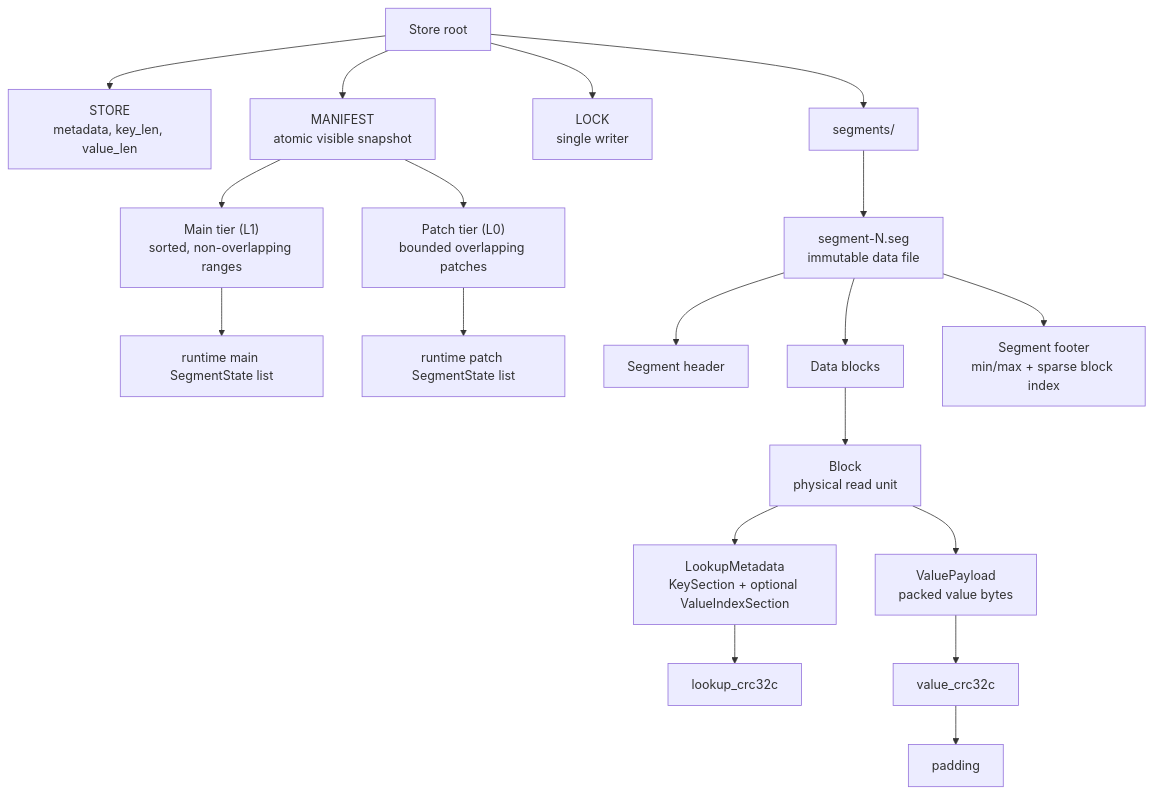
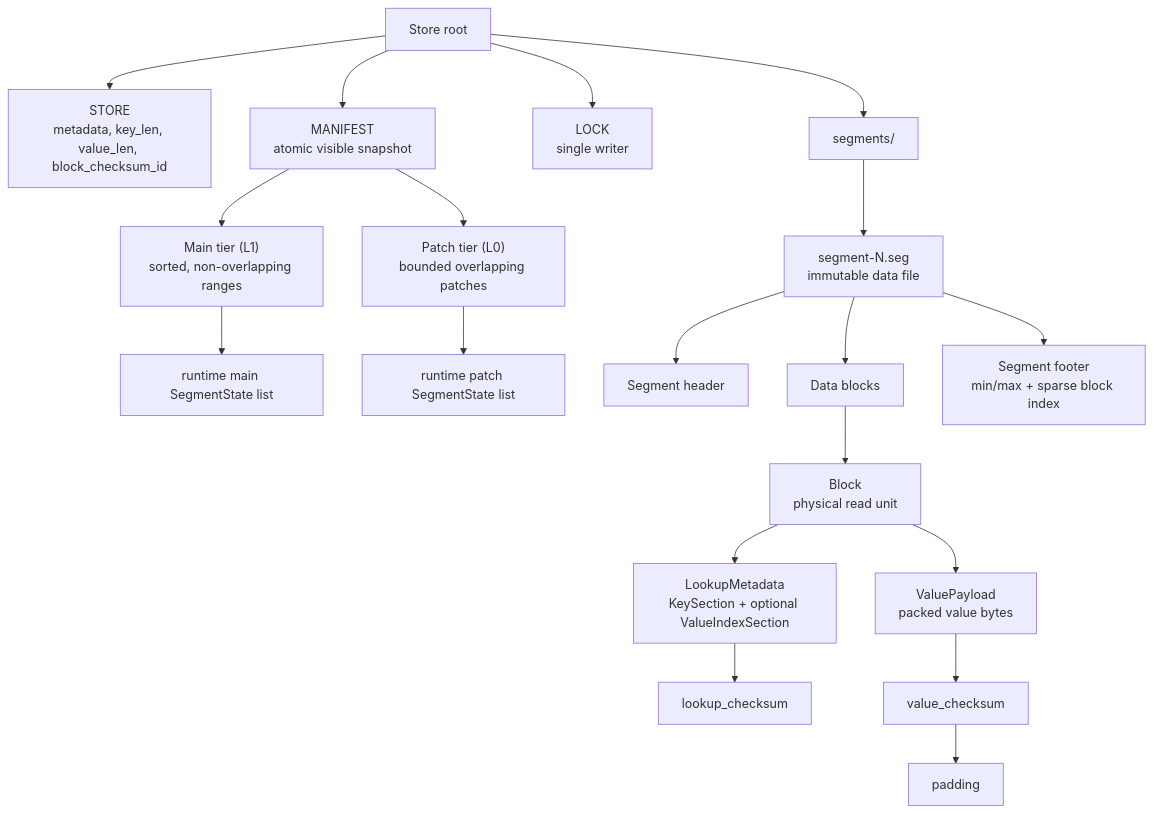
One commit to wangl-cc/evo-ssa-tools changed the first of 7 diagrams in crates/segment-cache-store/docs/design.md. Above: the diagram before and after it, drawn with Mermaid. The commit also changed other lines of this file and 26 other files, not shown here.

First line of the commit message:
perf(segment-cache-store): make block checksum selectable

````diff
--- a/crates/segment-cache-store/docs/design.md
+++ b/crates/segment-cache-store/docs/design.md
@@ -115,25 +115,25 @@
 ```mermaid
 flowchart TD
-  Root["Store root"] --> StoreFile["STORE<br/>metadata, key_len, value_len"]
+  Root["Store root"] --> StoreFile["STORE<br/>metadata, key_len, value_len, block_checksum_id"]
   Root --> Manifest["MANIFEST<br/>atomic visible snapshot"]
   Root --> Lock["LOCK<br/>single writer"]
   Root --> SegmentDir["segments/"]
 
   Manifest --> MainTier["Main tier (L1)<br/>sorted, non-overlapping ranges"]
   Manifest --> PatchTier["Patch tier (L0)<br/>bounded overlapping patches"]
 
   MainTier --> RuntimeMain["runtime main SegmentState list"]
   PatchTier --> RuntimePatch["runtime patch SegmentState list"]
   SegmentDir --> SegmentFile["segment-N.seg<br/>immutable data file"]
 
   SegmentFile --> Header["Segment header"]
   SegmentFile --> Blocks["Data blocks"]
   SegmentFile --> Footer["Segment footer<br/>min/max + sparse block index"]
 
   Blocks --> Block["Block<br/>physical read unit"]
   Block --> LookupMetadata["LookupMetadata<br/>KeySection + optional ValueIndexSection"]
-  LookupMetadata --> LookupCrc["lookup_crc32c"]
+  LookupMetadata --> LookupChecksum["lookup_checksum"]
   Block --> ValuePayload["ValuePayload<br/>packed value bytes"]
-  ValuePayload --> ValueCrc["value_crc32c"]
-  ValueCrc --> Padding["padding"]
+  ValuePayload --> ValueChecksum["value_checksum"]
+  ValueChecksum --> Padding["padding"]
 ```
````
